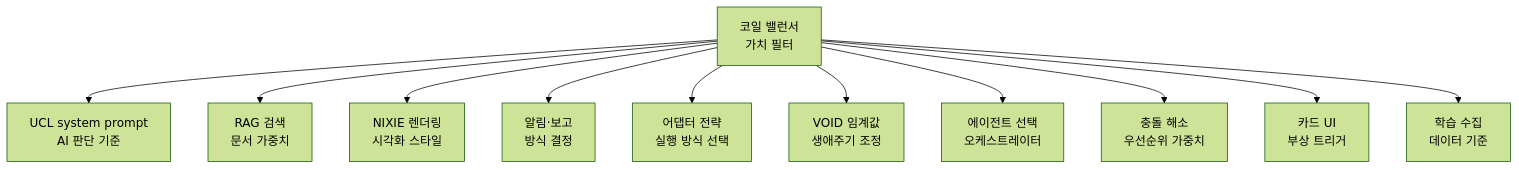
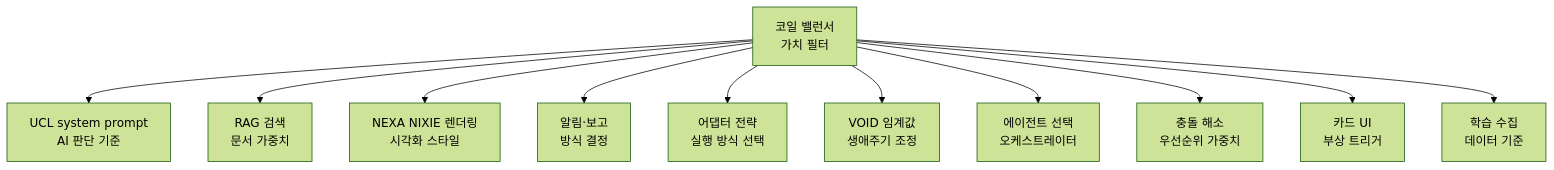
The diagram in NEXA-Platform/docs/AI/[문서 3] 코일 밸런스 및 운영 규범(GOVERN) 정의서 V2.md (U2SOUTION/NEXA), drawn with Mermaid (forest theme) before and after one commit. The commit also changed other lines of this file and 43 other files, not shown here.

Commit message:
문서 업데이트: NEXA-Platform의 여러 문서에서 'NEXA NIXIE'와 'NEXU' 관련 용어를 통일하고, 기존 내용을 보강하여 시스템 설계의 명확성을 강화함. 닉시(NIXIE)와 넥슈(NEXU) 간의 연관성을 명확히 하여 데이터 관리 및 운영 효율성을 높임.

````diff
--- a/NEXA-Platform/docs/AI/[문서 3] 코일 밸런스 및 운영 규범(GOVERN) 정의서 V2.md
+++ b/NEXA-Platform/docs/AI/[문서 3] 코일 밸런스 및 운영 규범(GOVERN) 정의서 V2.md
@@ -278,15 +278,15 @@
 ```mermaid
 flowchart TD
     coil["코일 밸런서\n가치 필터"]
 
     coil --> a["UCL system prompt\nAI 판단 기준"]
     coil --> b["RAG 검색\n문서 가중치"]
-    coil --> c["NIXIE 렌더링\n시각화 스타일"]
+    coil --> c["NEXA NIXIE 렌더링\n시각화 스타일"]
     coil --> d["알림·보고\n방식 결정"]
     coil --> e["어댑터 전략\n실행 방식 선택"]
     coil --> f["VOID 임계값\n생애주기 조정"]
     coil --> g["에이전트 선택\n오케스트레이터"]
     coil --> h["충돌 해소\n우선순위 가중치"]
     coil --> i["카드 UI\n부상 트리거"]
     coil --> j["학습 수집\n데이터 기준"]
 ```
````
